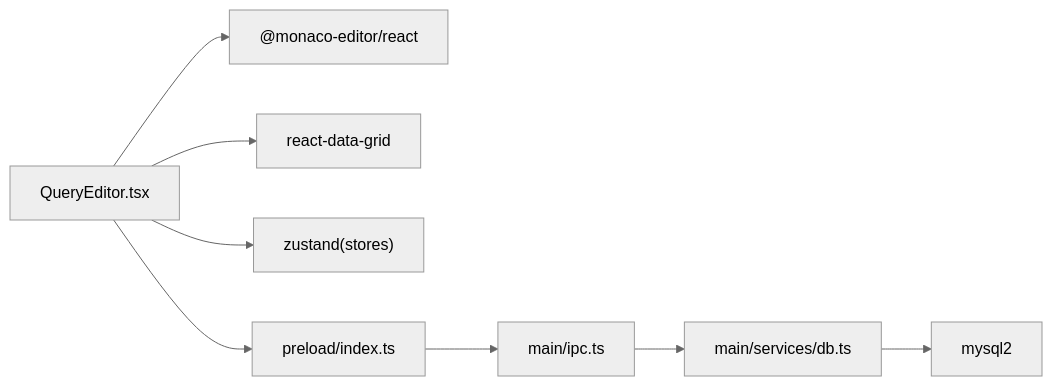
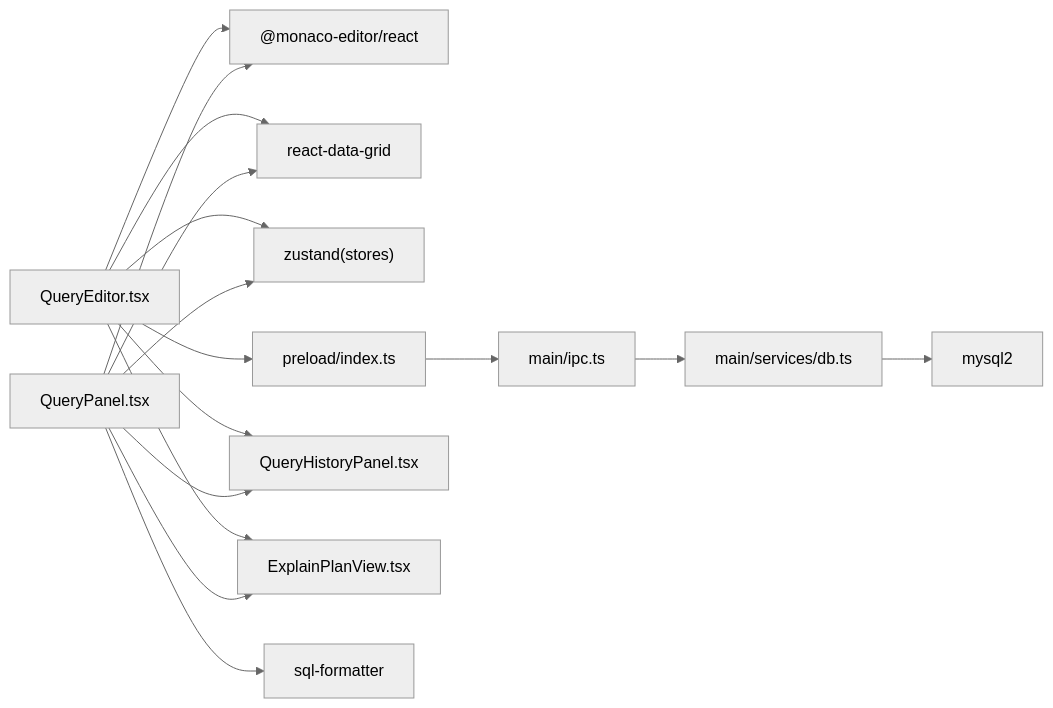
One commit to wwenbo2048/nexsql changed the eighth of 8 diagrams in .qoder/repowiki/zh/content/前端组件系统/查询编辑器组件.md. Above: the diagram before and after it, drawn with Mermaid (neutral theme). The commit also changed other lines of this file and 19 other files, not shown here.

````diff
--- a/.qoder/repowiki/zh/content/前端组件系统/查询编辑器组件.md
+++ b/.qoder/repowiki/zh/content/前端组件系统/查询编辑器组件.md
@@ -300,10 +515,18 @@
 ```mermaid
 graph LR
 QE["QueryEditor.tsx"] --> MONACO["@monaco-editor/react"]
 QE --> GRID["react-data-grid"]
 QE --> ZUSTAND["zustand(stores)"]
 QE --> PRE["preload/index.ts"]
+QE --> QHP["QueryHistoryPanel.tsx"]
+QE --> EPV["ExplainPlanView.tsx"]
+QP["QueryPanel.tsx"] --> MONACO
+QP --> GRID
+QP --> ZUSTAND
+QP --> FORMATTER["sql-formatter"]
+QP --> QHP
+QP --> EPV
 PRE --> IPCMAIN["main/ipc.ts"]
 IPCMAIN --> DBTS["main/services/db.ts"]
 DBTS --> MYSQL2["mysql2"]
 ```
````
